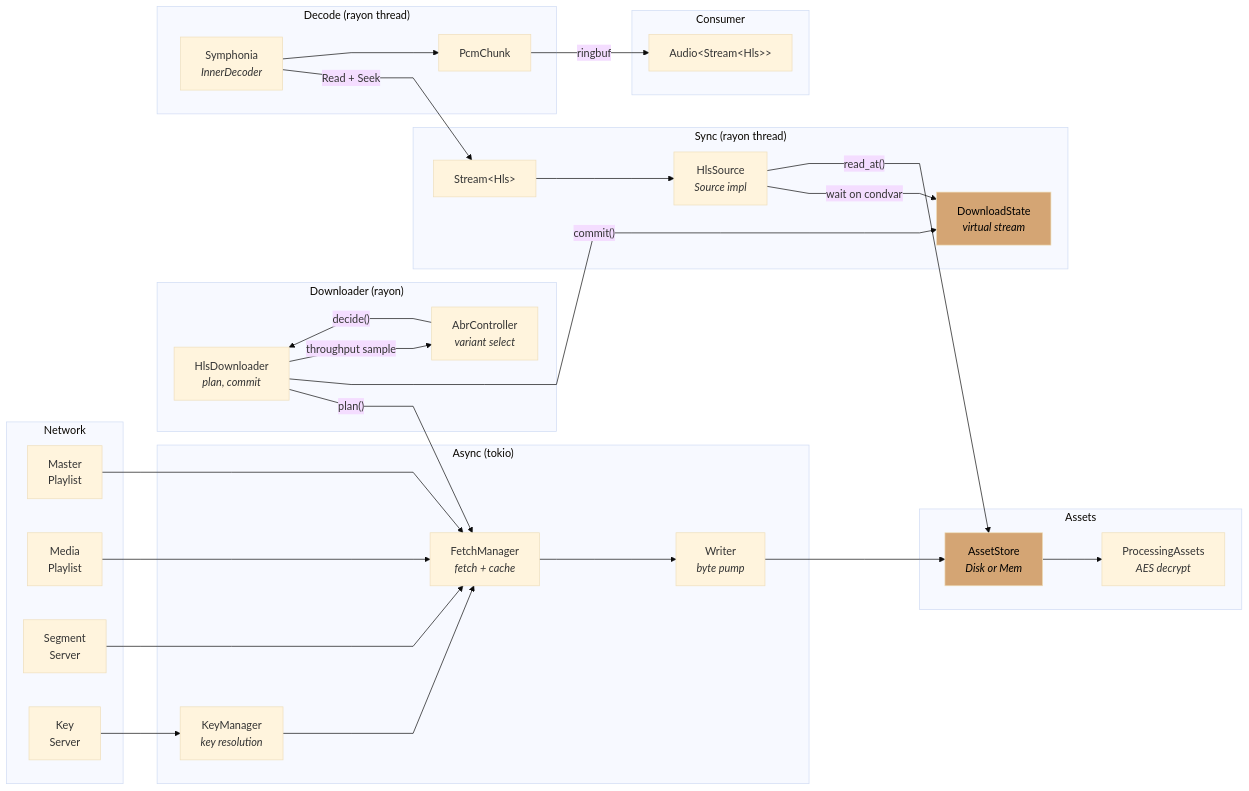
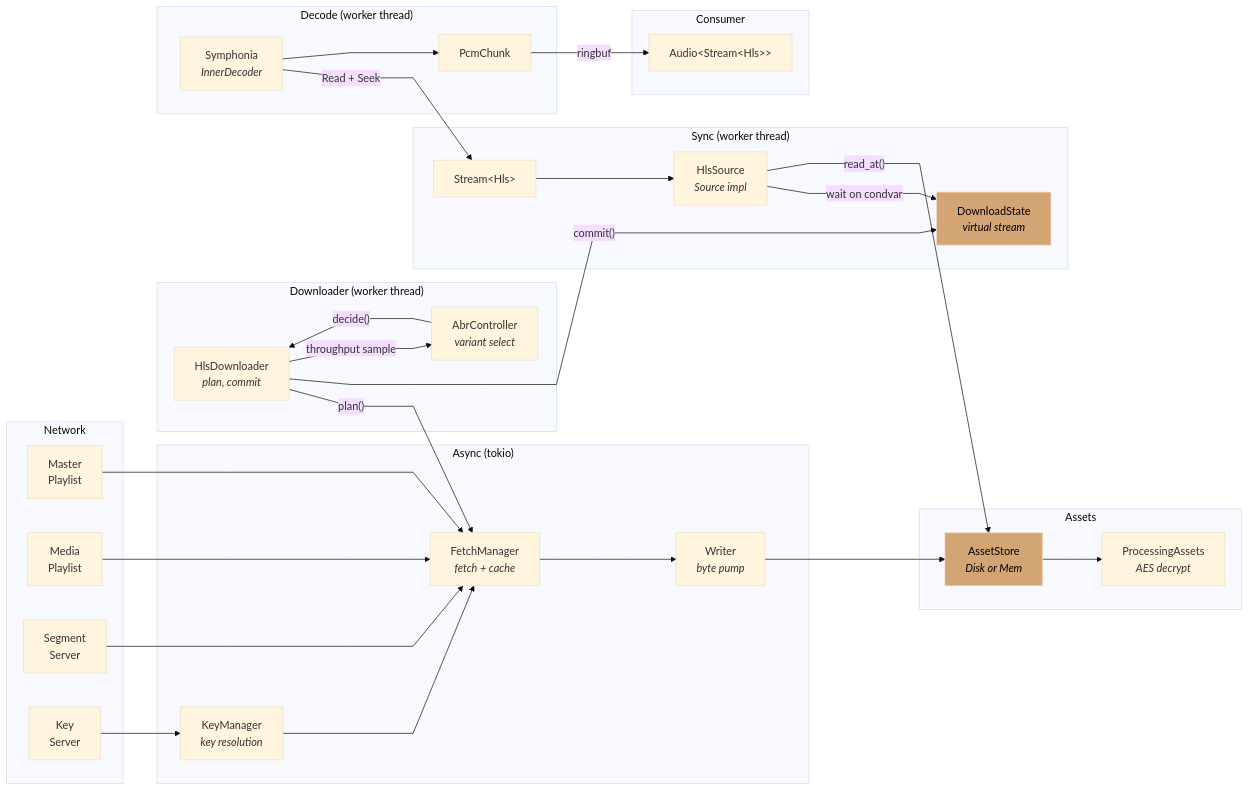
Before and after one commit to zvuk/kithara: the first of 3 diagrams in crates/kithara-hls/README.md, drawn with Mermaid (base theme). The commit also changed 30 other files, not shown here.

````diff
--- a/crates/kithara-hls/README.md
+++ b/crates/kithara-hls/README.md
@@ -30,63 +30,63 @@
 ```mermaid
 %%{init: {"flowchart": {"curve": "linear"}} }%%
 flowchart LR
     subgraph Network
         MasterPL["Master<br/>Playlist"]
         MediaPL["Media<br/>Playlist"]
         SegSrv["Segment<br/>Server"]
         KeySrv["Key<br/>Server"]
     end
 
     subgraph "Async (tokio)"
         FM["FetchManager<br/><i>fetch + cache</i>"]
         KM["KeyManager<br/><i>key resolution</i>"]
         W["Writer<br/><i>byte pump</i>"]
     end
 
-    subgraph "Downloader (rayon)"
+    subgraph "Downloader (worker thread)"
         DL["HlsDownloader<br/><i>plan, commit</i>"]
         ABR["AbrController<br/><i>variant select</i>"]
     end
 
     subgraph "Assets"
         AB["AssetStore<br/><i>Disk or Mem</i>"]
         Proc["ProcessingAssets<br/><i>AES decrypt</i>"]
     end
 
-    subgraph "Sync (rayon thread)"
+    subgraph "Sync (worker thread)"
         HS["HlsSource<br/><i>Source impl</i>"]
         SI["DownloadState<br/><i>virtual stream</i>"]
         StreamH["Stream&lt;Hls&gt;"]
     end
 
-    subgraph "Decode (rayon thread)"
+    subgraph "Decode (worker thread)"
         Dec["Symphonia<br/><i>InnerDecoder</i>"]
         PCM2["PcmChunk"]
     end
 
     subgraph "Consumer"
         Audio2["Audio&lt;Stream&lt;Hls&gt;&gt;"]
     end
 
     MasterPL --> FM
     MediaPL --> FM
     SegSrv --> FM
     KeySrv --> KM
     KM --> FM
     FM --> W
     W --> AB
     AB --> Proc
     DL -- "plan()" --> FM
     DL -- "commit()" --> SI
     ABR -- "decide()" --> DL
     DL -- "throughput sample" --> ABR
     HS -- "wait on condvar" --> SI
     HS -- "read_at()" --> AB
     StreamH --> HS
     Dec -- "Read + Seek" --> StreamH
     Dec --> PCM2
     PCM2 -- "ringbuf" --> Audio2
 
     style SI fill:#d4a574,color:#000
     style AB fill:#d4a574,color:#000
 ```
````
